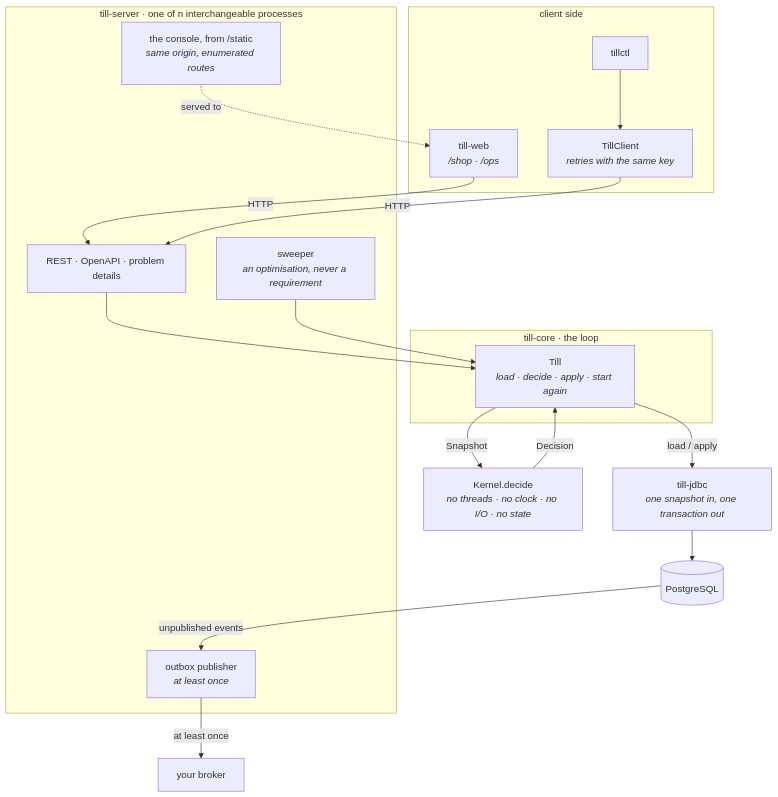
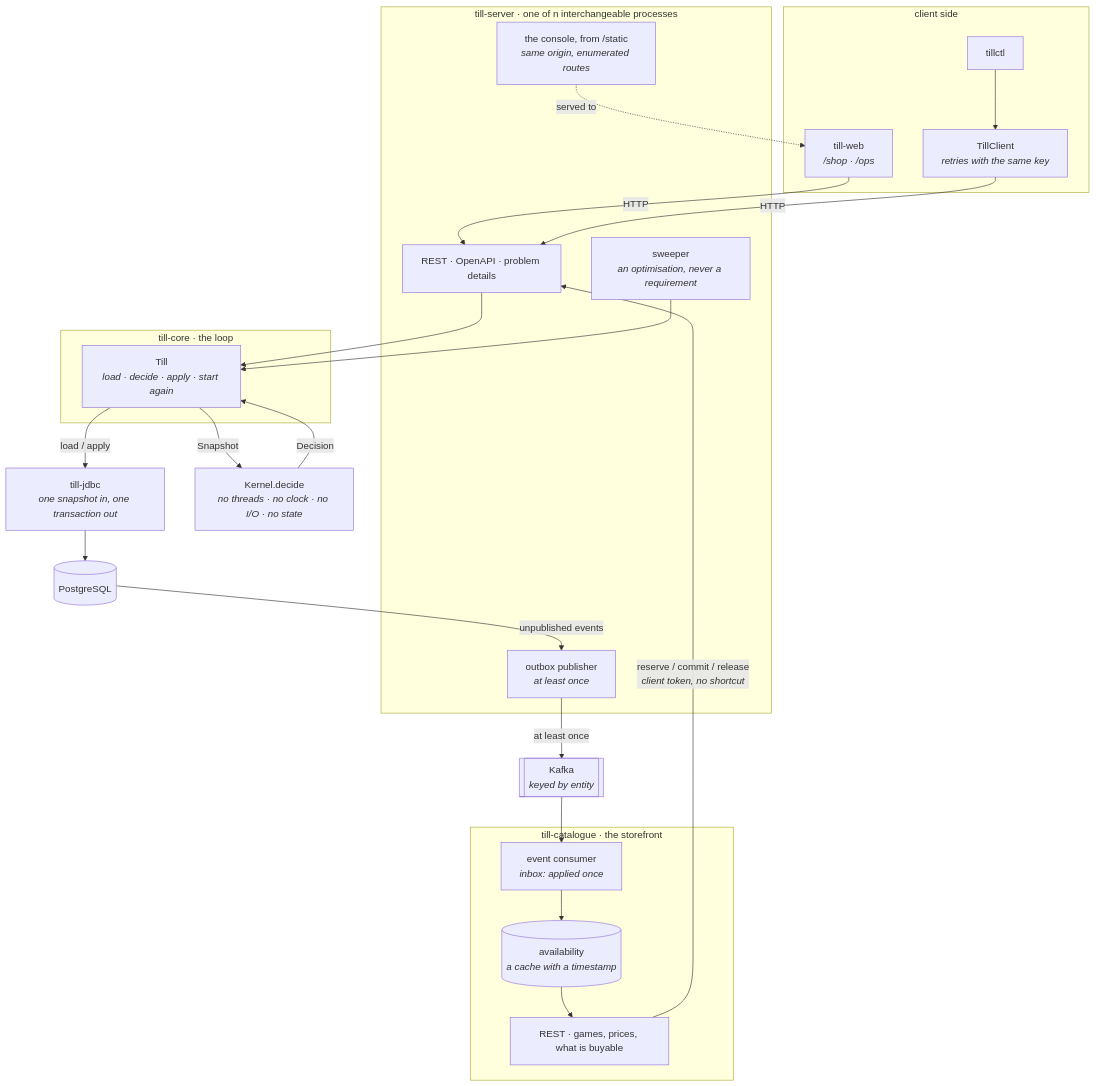
Before and after one commit to jason-te-sde/till: the first of 2 diagrams in README.md, drawn with Mermaid. The commit also changed other lines of this file and 43 other files, not shown here.

First line of the commit message:
A platform: Kafka, a storefront, and the inbox that makes at-least-once affordable (#17)

````diff
--- a/README.md
+++ b/README.md
@@ -172,36 +175,47 @@
 ```mermaid
 flowchart TB
     subgraph client["client side"]
         WEB["till-web<br/><i>/shop · /ops</i>"]
         CTL["tillctl"]
         API["TillClient<br/><i>retries with the same key</i>"]
     end
 
     subgraph server["till-server · one of n interchangeable processes"]
         REST["REST · OpenAPI · problem details"]
         STATIC["the console, from /static<br/><i>same origin, enumerated routes</i>"]
         SWEEP["sweeper<br/><i>an optimisation, never a requirement</i>"]
         PUB["outbox publisher<br/><i>at least once</i>"]
     end
 
     subgraph loop["till-core · the loop"]
         TILL["Till<br/><i>load · decide · apply · start again</i>"]
     end
 
     KERNEL["Kernel.decide<br/><i>no threads · no clock · no I/O · no state</i>"]
     LEDGER["till-jdbc<br/><i>one snapshot in, one transaction out</i>"]
     PG[("PostgreSQL")]
 
     CTL --> API
     WEB -- "HTTP" --> REST
     STATIC -. "served to" .-> WEB
     API -- "HTTP" --> REST
     REST --> TILL
     SWEEP --> TILL
     TILL -- "Snapshot" --> KERNEL
     KERNEL -- "Decision" --> TILL
     TILL -- "load / apply" --> LEDGER
     LEDGER --> PG
     PG -- "unpublished events" --> PUB
-    PUB -- "at least once" --> BROKER["your broker"]
+    PUB -- "at least once" --> KAFKA[["Kafka<br/><i>keyed by entity</i>"]]
+    KAFKA --> CONSUMER
+
+    subgraph store["till-catalogue · the storefront"]
+        CONSUMER["event consumer<br/><i>inbox: applied once</i>"]
+        PROJ[("availability<br/><i>a cache with a timestamp</i>")]
+        SHOP["REST · games, prices, what is buyable"]
+    end
+
+    CONSUMER --> PROJ
+    PROJ --> SHOP
+    SHOP -- "reserve / commit / release<br/><i>client token, no shortcut</i>" --> REST
 ```
````
